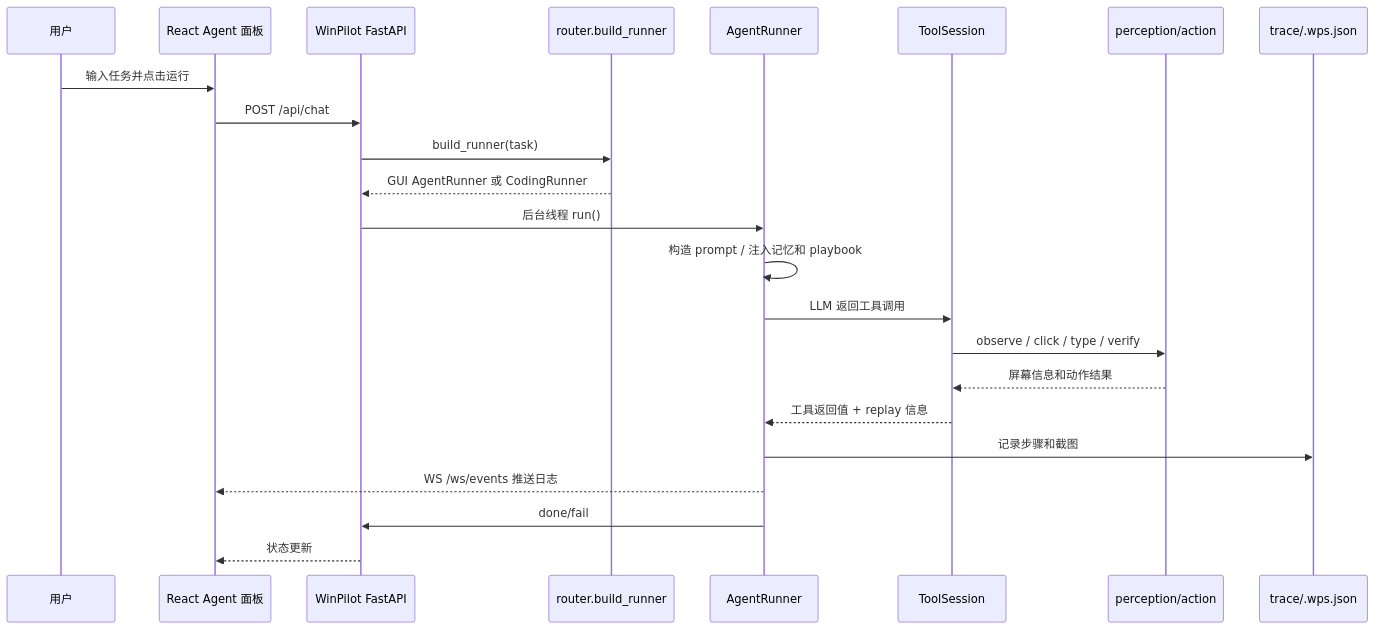
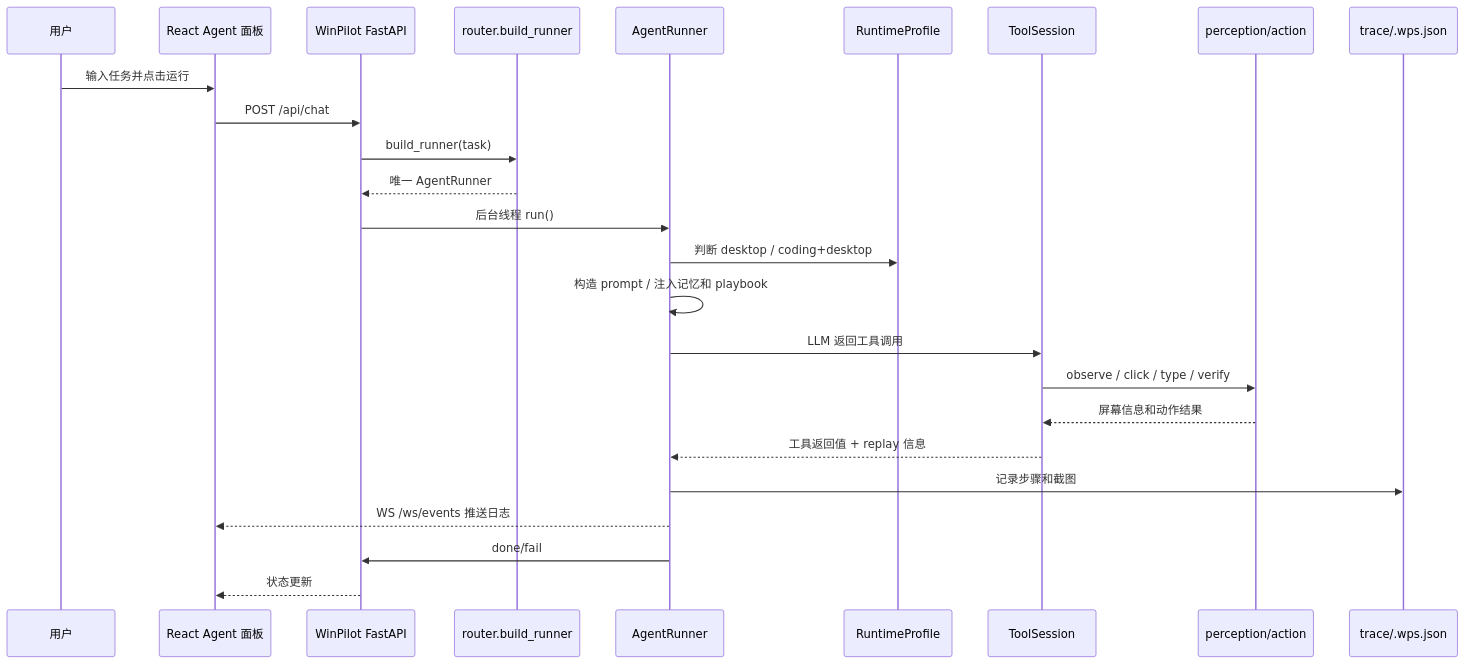
Before and after one commit to zoujiapeng/lingdong-script: the fifth of 24 diagrams in docs/项目导览-面试版.md, drawn with Mermaid. The commit also changed other lines of this file and 22 other files, not shown here.

Commit message:
Unify coding runtime under AgentRunner

````diff
--- a/docs/项目导览-面试版.md
+++ b/docs/项目导览-面试版.md
@@ -163,26 +166,28 @@
 ```mermaid
 sequenceDiagram
     participant User as 用户
     participant React as React Agent 面板
     participant WP as WinPilot FastAPI
     participant Router as router.build_runner
     participant GUI as AgentRunner
+    participant Profile as RuntimeProfile
     participant Tools as ToolSession
     participant Sense as perception/action
     participant Trace as trace/.wps.json
 
     User->>React: 输入任务并点击运行
     React->>WP: POST /api/chat
     WP->>Router: build_runner(task)
-    Router-->>WP: GUI AgentRunner 或 CodingRunner
+    Router-->>WP: 唯一 AgentRunner
     WP->>GUI: 后台线程 run()
+    GUI->>Profile: 判断 desktop / coding+desktop
     GUI->>GUI: 构造 prompt / 注入记忆和 playbook
     GUI->>Tools: LLM 返回工具调用
     Tools->>Sense: observe / click / type / verify
     Sense-->>Tools: 屏幕信息和动作结果
     Tools-->>GUI: 工具返回值 + replay 信息
     GUI->>Trace: 记录步骤和截图
     GUI-->>React: WS /ws/events 推送日志
     GUI->>WP: done/fail
     WP-->>React: 状态更新
 ```
````
